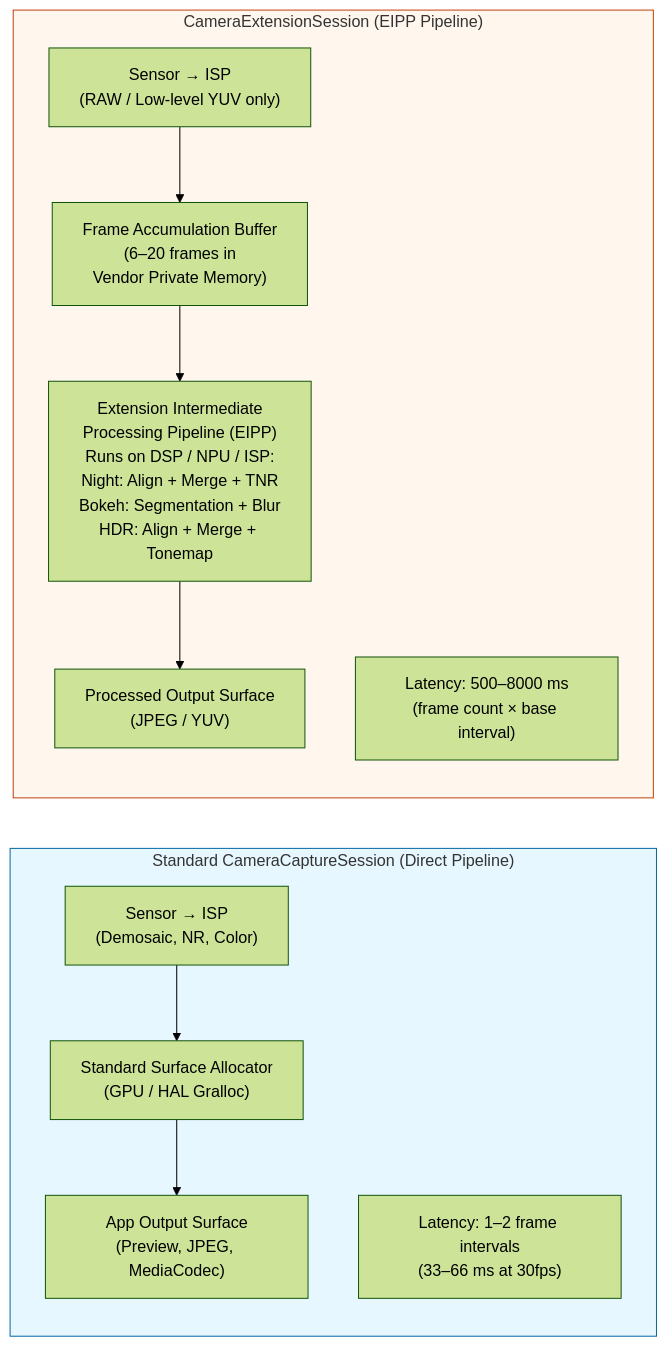
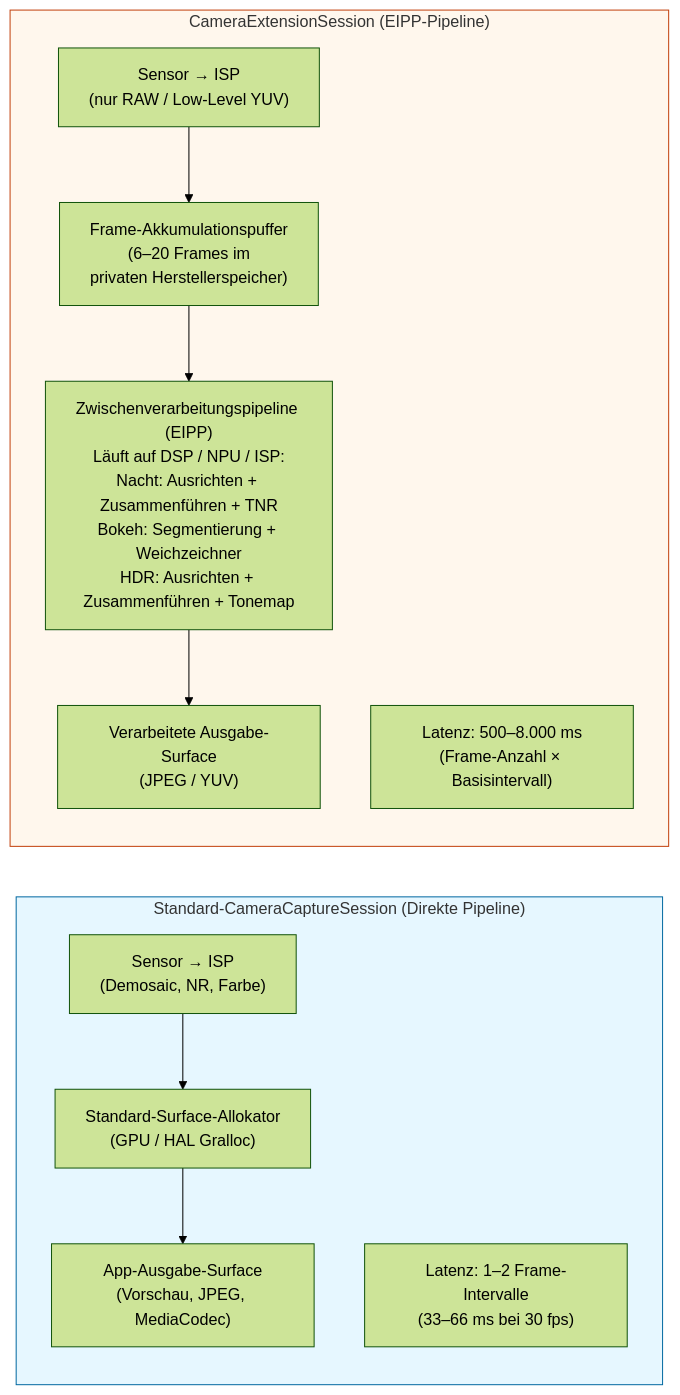
Before and after one commit to zoozooll/AndroidCameraParameters: the first of 2 diagrams in website/i18n/de/docusaurus-plugin-content-docs/current/camera2/camera-extensions.md, drawn with Mermaid (forest theme). The commit also changed other lines of this file and 378 other files, not shown here.

````diff
--- a/website/i18n/de/docusaurus-plugin-content-docs/current/camera2/camera-extensions.md
+++ b/website/i18n/de/docusaurus-plugin-content-docs/current/camera2/camera-extensions.md
@@ -34,24 +34,24 @@
 ```mermaid
 flowchart LR
-    subgraph STANDARD["Standard CameraCaptureSession (Direct Pipeline)"]
+    subgraph STANDARD["Standard-CameraCaptureSession (Direkte Pipeline)"]
         direction TB
-        S1["Sensor → ISP\n(Demosaic, NR, Color)"]
-        S2["Standard Surface Allocator\n(GPU / HAL Gralloc)"]
-        S3["App Output Surface\n(Preview, JPEG, MediaCodec)"]
+        S1["Sensor → ISP<br/>(Demosaic, NR, Farbe)"]
+        S2["Standard-Surface-Allokator<br/>(GPU / HAL Gralloc)"]
+        S3["App-Ausgabe-Surface<br/>(Vorschau, JPEG, MediaCodec)"]
         S1 --> S2 --> S3
-        SLAT["Latency: 1–2 frame intervals\n(33–66 ms at 30fps)"]
+        SLAT["Latenz: 1–2 Frame-Intervalle<br/>(33–66 ms bei 30 fps)"]
     end
 
-    subgraph EXTENSION["CameraExtensionSession (EIPP Pipeline)"]
+    subgraph EXTENSION["CameraExtensionSession (EIPP-Pipeline)"]
         direction TB
-        E1["Sensor → ISP\n(RAW / Low-level YUV only)"]
-        E2["Frame Accumulation Buffer\n(6–20 frames in\nVendor Private Memory)"]
-        E3["Extension Intermediate\nProcessing Pipeline (EIPP)\nRuns on DSP / NPU / ISP:\nNight: Align + Merge + TNR\nBokeh: Segmentation + Blur\nHDR: Align + Merge + Tonemap"]
-        E4["Processed Output Surface\n(JPEG / YUV)"]
+        E1["Sensor → ISP<br/>(nur RAW / Low-Level YUV)"]
+        E2["Frame-Akkumulationspuffer<br/>(6–20 Frames im<br/>privaten Herstellerspeicher)"]
+        E3["Zwischenverarbeitungspipeline (EIPP)<br/>Läuft auf DSP / NPU / ISP:<br/>Nacht: Ausrichten + Zusammenführen + TNR<br/>Bokeh: Segmentierung + Weichzeichner<br/>HDR: Ausrichten + Zusammenführen + Tonemap"]
+        E4["Verarbeitete Ausgabe-Surface<br/>(JPEG / YUV)"]
         E1 --> E2 --> E3 --> E4
-        ELAT["Latency: 500–8000 ms\n(frame count × base interval)"]
+        ELAT["Latenz: 500–8.000 ms<br/>(Frame-Anzahl × Basisintervall)"]
     end
 
     style STANDARD fill:#e6f7ff,stroke:#0369a1
     style EXTENSION fill:#fff7ed,stroke:#c2410c
 ```
````
